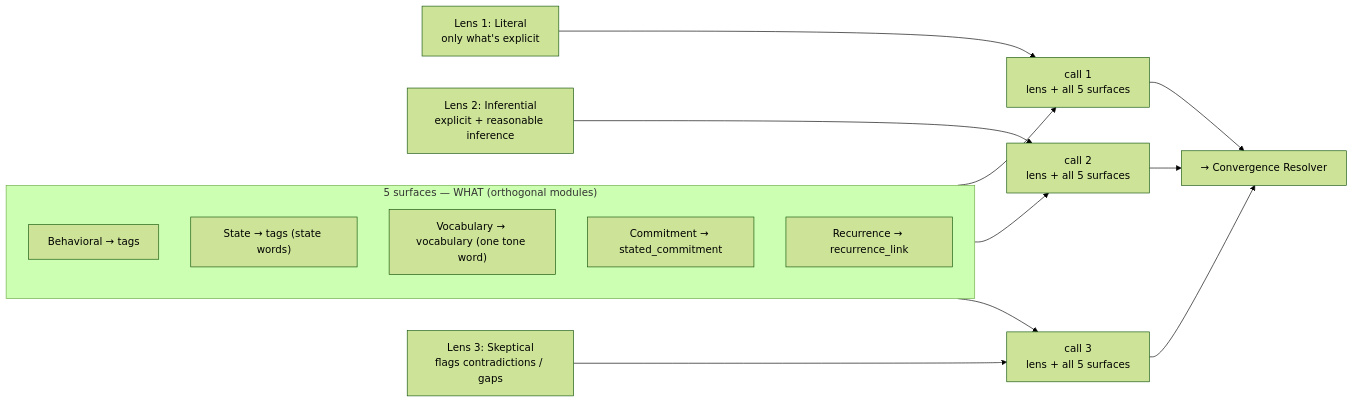
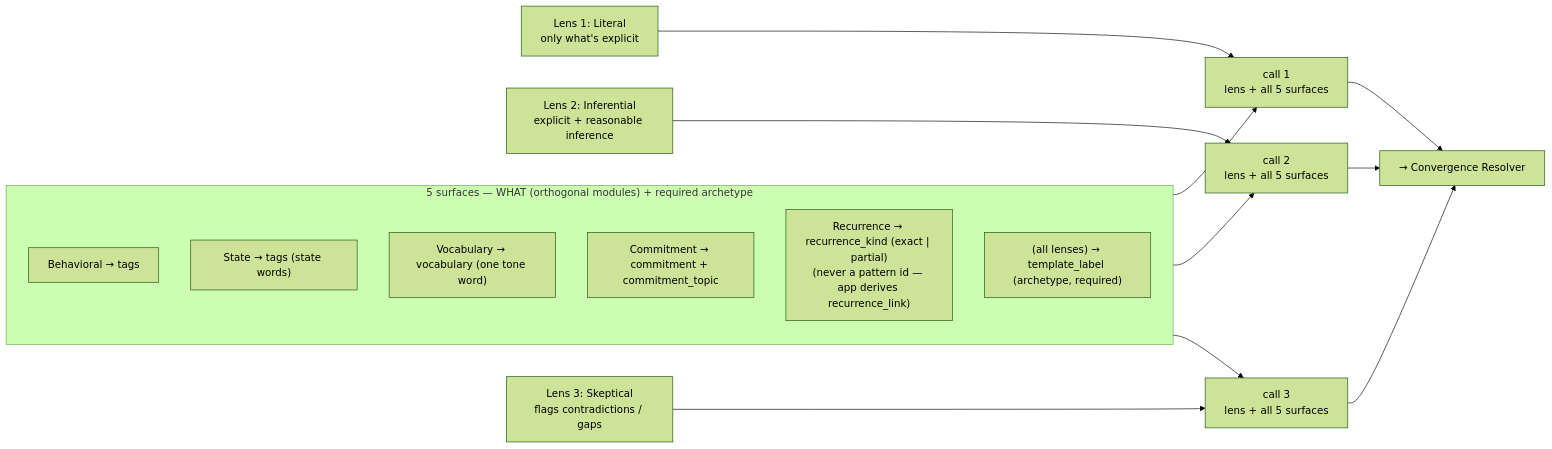
Before and after one commit to anchildress1/vestige: the first of 6 diagrams in docs/diagrams/llm-functionality.md, drawn with Mermaid (forest theme). The commit also changed other lines of this file and 19 other files, not shown here.

First line of the commit message:
docs: align diagram atlas, stories, README & spec docs to implementation (#62)

````diff
--- a/docs/diagrams/llm-functionality.md
+++ b/docs/diagrams/llm-functionality.md
@@ -19,25 +31,26 @@
 ```mermaid
 flowchart LR
     accTitle: Three lenses by five surfaces extraction matrix
-    accDescr: Each of three lenses (Literal, Inferential, Skeptical) is one model call that composes all five surfaces (Behavioral, State, Vocabulary, Commitment, Recurrence) and returns the full schema. Three model calls per entry.
+    accDescr: Each of three lenses (Literal, Inferential, Skeptical) is one model call that composes all five surfaces (Behavioral, State, Vocabulary, Commitment, Recurrence) plus the required template_label archetype, and returns the full plain-text schema. Three model calls per entry. Behavioral and State both write tags; Vocabulary writes the one-word tone; Commitment writes commitment and commitment_topic; Recurrence writes recurrence_kind exact or partial and never a pattern id.
 
-    subgraph surfaces["5 surfaces — WHAT (orthogonal modules)"]
+    subgraph surfaces["5 surfaces — WHAT (orthogonal modules) + required archetype"]
       direction TB
       B["Behavioral → tags"]
       S["State → tags (state words)"]
       V["Vocabulary → vocabulary (one tone word)"]
-      C["Commitment → stated_commitment"]
-      R["Recurrence → recurrence_link"]
+      C["Commitment → commitment + commitment_topic"]
+      R["Recurrence → recurrence_kind (exact | partial)<br/>(never a pattern id — app derives recurrence_link)"]
+      T["(all lenses) → template_label (archetype, required)"]
     end
 
     L1["Lens 1: Literal<br/>only what's explicit"] --> P1["call 1<br/>lens + all 5 surfaces"]
     L2["Lens 2: Inferential<br/>explicit + reasonable inference"] --> P2["call 2<br/>lens + all 5 surfaces"]
     L3["Lens 3: Skeptical<br/>flags contradictions / gaps"] --> P3["call 3<br/>lens + all 5 surfaces"]
 
     surfaces --> P1
     surfaces --> P2
     surfaces --> P3
     P1 --> RES["→ Convergence Resolver"]
     P2 --> RES
     P3 --> RES
 ```
````
